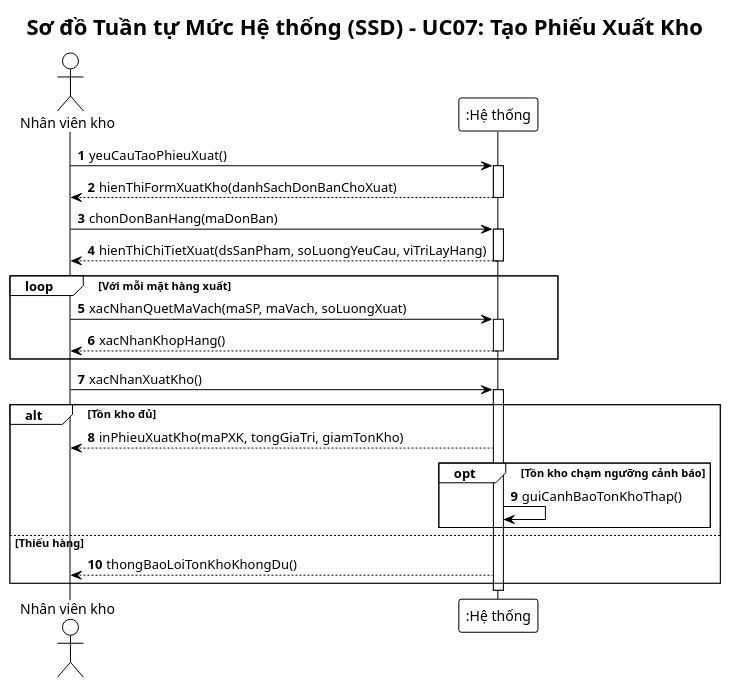
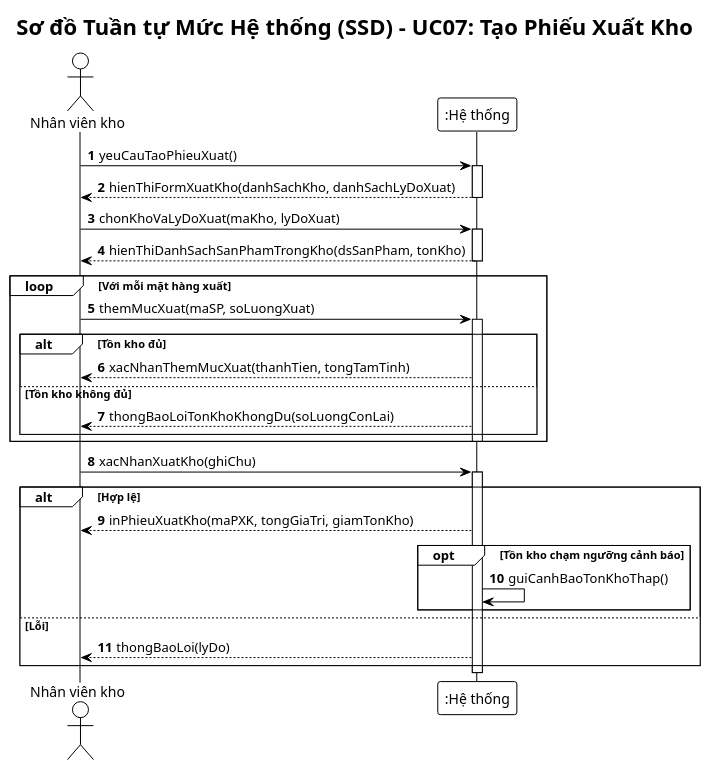
The second of 4 diagrams in BTL-QuanLyKhoHang/plantuml/ssd.puml (vuhoabinh2416137/G8_Quanlysanphamvakhohang), drawn with PlantUML before and after one commit. The commit also changed other lines of this file and 61 other files, not shown here.

Commit message:
Refactor: Loai bo toan bo nghiep vu ban hang, tap trung chuyen sau Quan ly San pham va Kho hang (BTL IT3120)

```diff
--- a/BTL-QuanLyKhoHang/plantuml/ssd.puml
+++ b/BTL-QuanLyKhoHang/plantuml/ssd.puml
@@ -38,39 +39,44 @@
 @startuml ssd-xuat-kho
 !theme plain
 autonumber
 skinparam responseMessageBelowArrow true
+skinparam defaultFontName "Arial"
 
 title Sơ đồ Tuần tự Mức Hệ thống (SSD) - UC07: Tạo Phiếu Xuất Kho
 
 actor "Nhân viên kho" as NV
 participant ":Hệ thống" as Sys
 
 NV -> Sys: yeuCauTaoPhieuXuat()
 activate Sys
-Sys --> NV: hienThiFormXuatKho(danhSachDonBanChoXuat)
+Sys --> NV: hienThiFormXuatKho(danhSachKho, danhSachLyDoXuat)
 deactivate Sys
 
-NV -> Sys: chonDonBanHang(maDonBan)
+NV -> Sys: chonKhoVaLyDoXuat(maKho, lyDoXuat)
 activate Sys
-Sys --> NV: hienThiChiTietXuat(dsSanPham, soLuongYeuCau, viTriLayHang)
+Sys --> NV: hienThiDanhSachSanPhamTrongKho(dsSanPham, tonKho)
 deactivate Sys
 
 loop Với mỗi mặt hàng xuất
-    NV -> Sys: xacNhanQuetMaVach(maSP, maVach, soLuongXuat)
+    NV -> Sys: themMucXuat(maSP, soLuongXuat)
     activate Sys
-    Sys --> NV: xacNhanKhopHang()
+    alt Tồn kho đủ
+        Sys --> NV: xacNhanThemMucXuat(thanhTien, tongTamTinh)
+    else Tồn kho không đủ
+        Sys --> NV: thongBaoLoiTonKhoKhongDu(soLuongConLai)
+    end
     deactivate Sys
 end
 
-NV -> Sys: xacNhanXuatKho()
+NV -> Sys: xacNhanXuatKho(ghiChu)
 activate Sys
-alt Tồn kho đủ
+alt Hợp lệ
     Sys --> NV: inPhieuXuatKho(maPXK, tongGiaTri, giamTonKho)
     opt Tồn kho chạm ngưỡng cảnh báo
         Sys -> Sys: guiCanhBaoTonKhoThap()
     end
-else Thiếu hàng
-    Sys --> NV: thongBaoLoiTonKhoKhongDu()
+else Lỗi
+    Sys --> NV: thongBaoLoi(lyDo)
 end
 deactivate Sys
 @enduml
```
